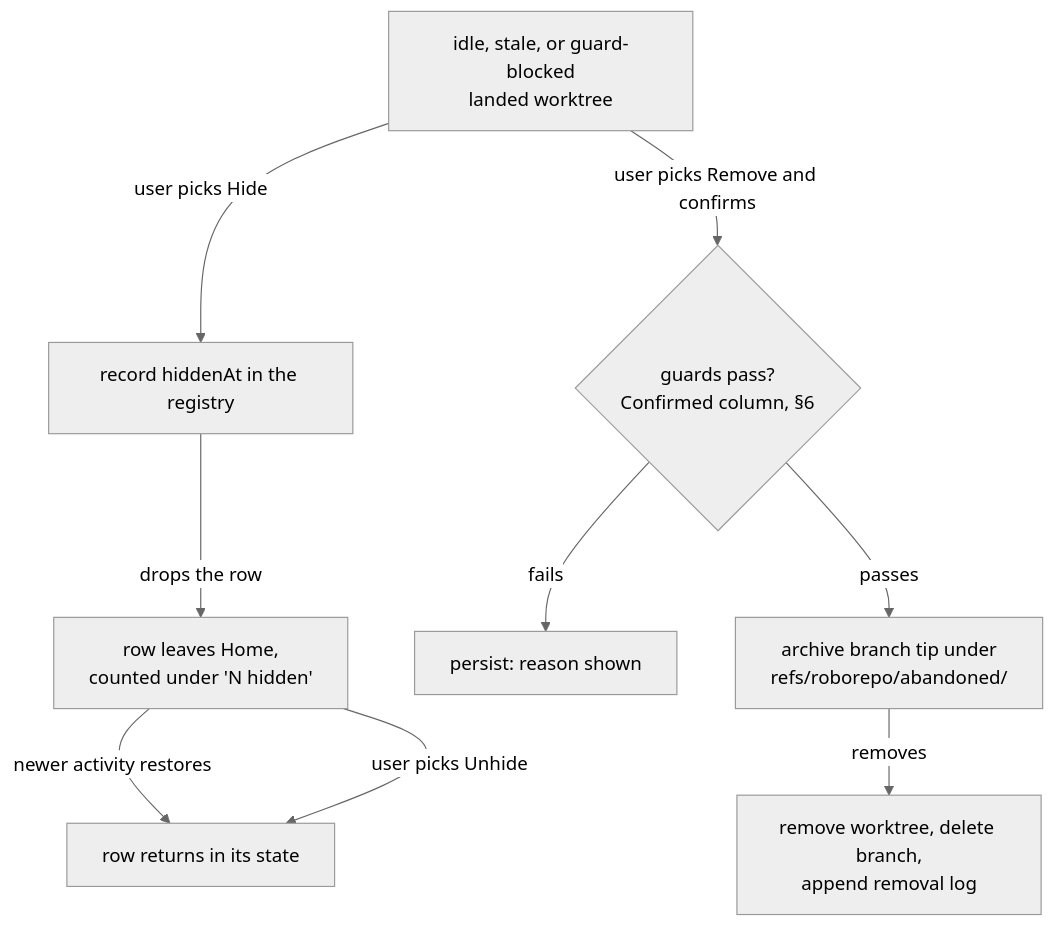
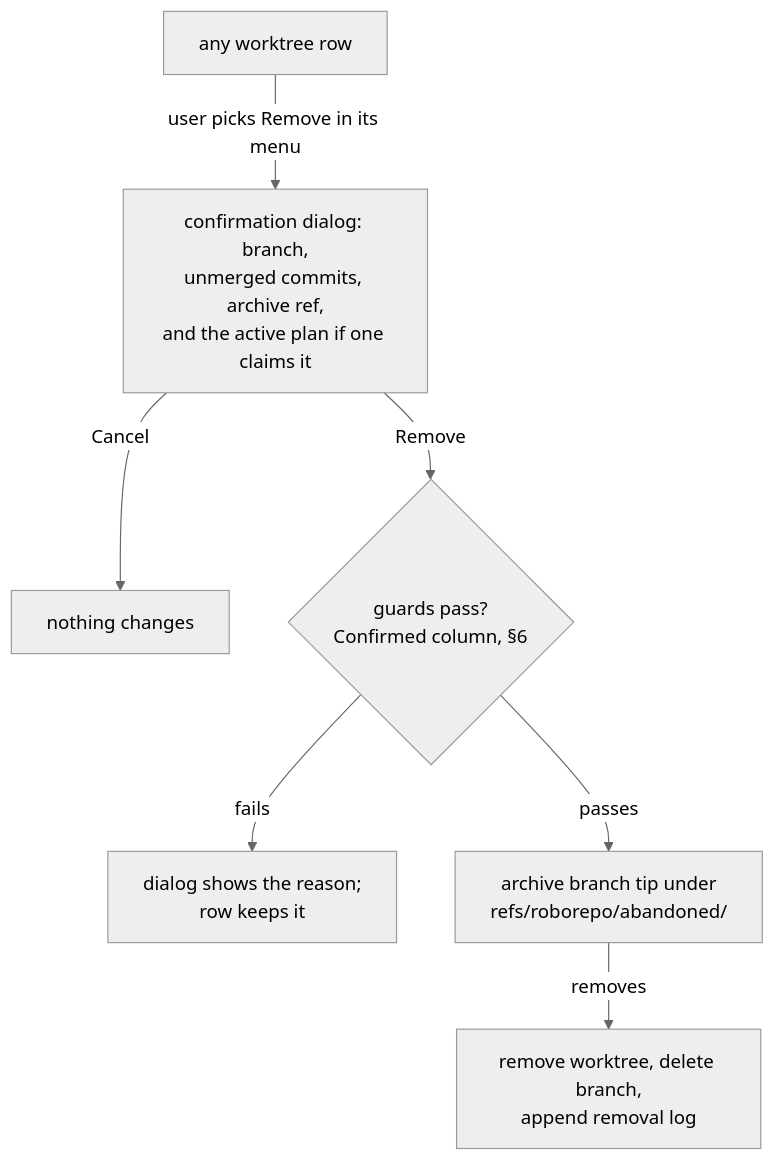
The fourth of 4 diagrams in docs/plans/active/git-worktree-lifecycle-cleanup.md (kirinmurphy/roborepo-alpha), drawn with Mermaid (neutral theme) before and after one commit. The commit also changed other lines of this file, not shown here.

First line of the commit message:
Revise worktree lifecycle plan: drop Hide, menu Remove, opt-in cleanup notice

````diff
--- a/docs/plans/active/git-worktree-lifecycle-cleanup.md
+++ b/docs/plans/active/git-worktree-lifecycle-cleanup.md
@@ -412,11 +421,9 @@
 ```mermaid
 flowchart TD
-    W["idle, stale, or guard-blocked<br/>landed worktree"] -->|user picks Hide| H["record hiddenAt in the registry"]
-    H -->|drops the row| O["row leaves Home,<br/>counted under 'N hidden'"]
-    O -->|newer activity restores| I["row returns in its state"]
-    O -->|user picks Unhide| I
-    W -->|user picks Remove and confirms| G{"guards pass?<br/>Confirmed column, §6"}
-    G -->|fails| K["persist: reason shown"]
+    W["any worktree row"] -->|user picks Remove in its menu| D["confirmation dialog: branch,<br/>unmerged commits, archive ref,<br/>and the active plan if one claims it"]
+    D -->|Cancel| N["nothing changes"]
+    D -->|Remove| G{"guards pass?<br/>Confirmed column, §6"}
+    G -->|fails| K["dialog shows the reason;<br/>row keeps it"]
     G -->|passes| P["archive branch tip under<br/>refs/roborepo/abandoned/"]
     P -->|removes| R["remove worktree, delete branch,<br/>append removal log"]
 ```
````
